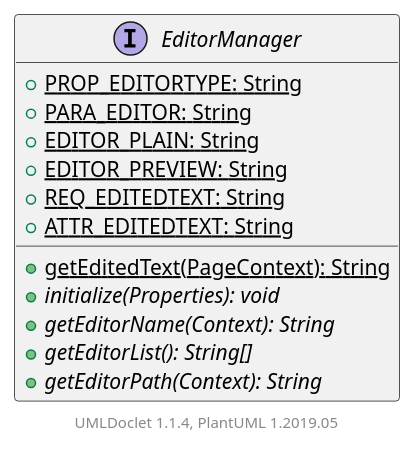
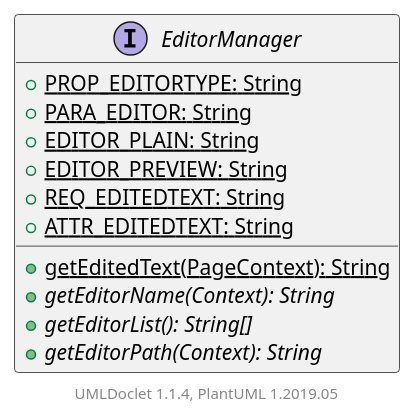
The diagram in apidocs/2.11.0.M7-SNAPSHOT/org/apache/wiki/ui/EditorManager.puml (apache/jspwiki-site), drawn with PlantUML before and after one commit. The commit also changed 1297 other files, not shown here.

```diff
--- a/apidocs/2.11.0.M7-SNAPSHOT/org/apache/wiki/ui/EditorManager.puml
+++ b/apidocs/2.11.0.M7-SNAPSHOT/org/apache/wiki/ui/EditorManager.puml
@@ -1,19 +1,18 @@
 @startuml
 
     interface EditorManager [[EditorManager.html]] {
         {static} +PROP_EDITORTYPE: String
         {static} +PARA_EDITOR: String
         {static} +EDITOR_PLAIN: String
         {static} +EDITOR_PREVIEW: String
         {static} +REQ_EDITEDTEXT: String
         {static} +ATTR_EDITEDTEXT: String
         {static} +getEditedText(PageContext): String
-        {abstract} +initialize(Properties): void
         {abstract} +getEditorName(Context): String
         {abstract} +getEditorList(): String[]
         {abstract} +getEditorPath(Context): String
     }
 
 
     center footer UMLDoclet 1.1.4, PlantUML 1.2019.05
 @enduml
```
